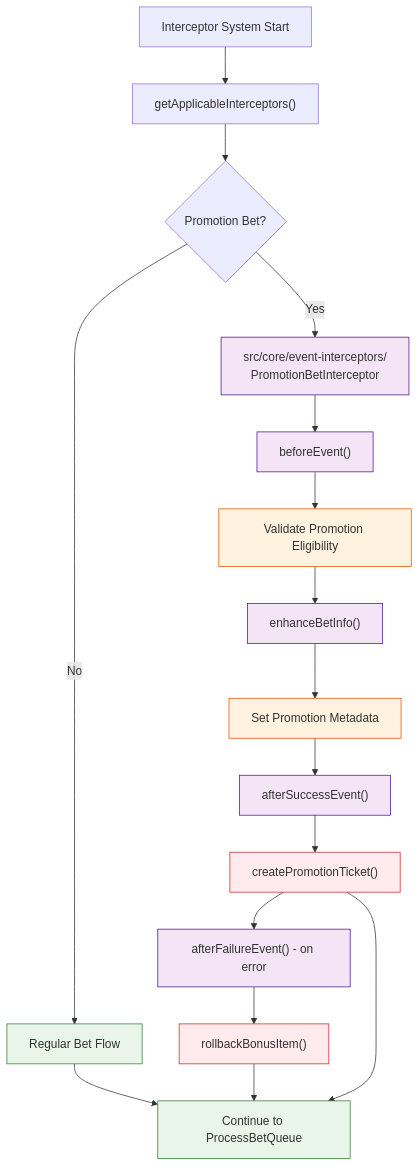
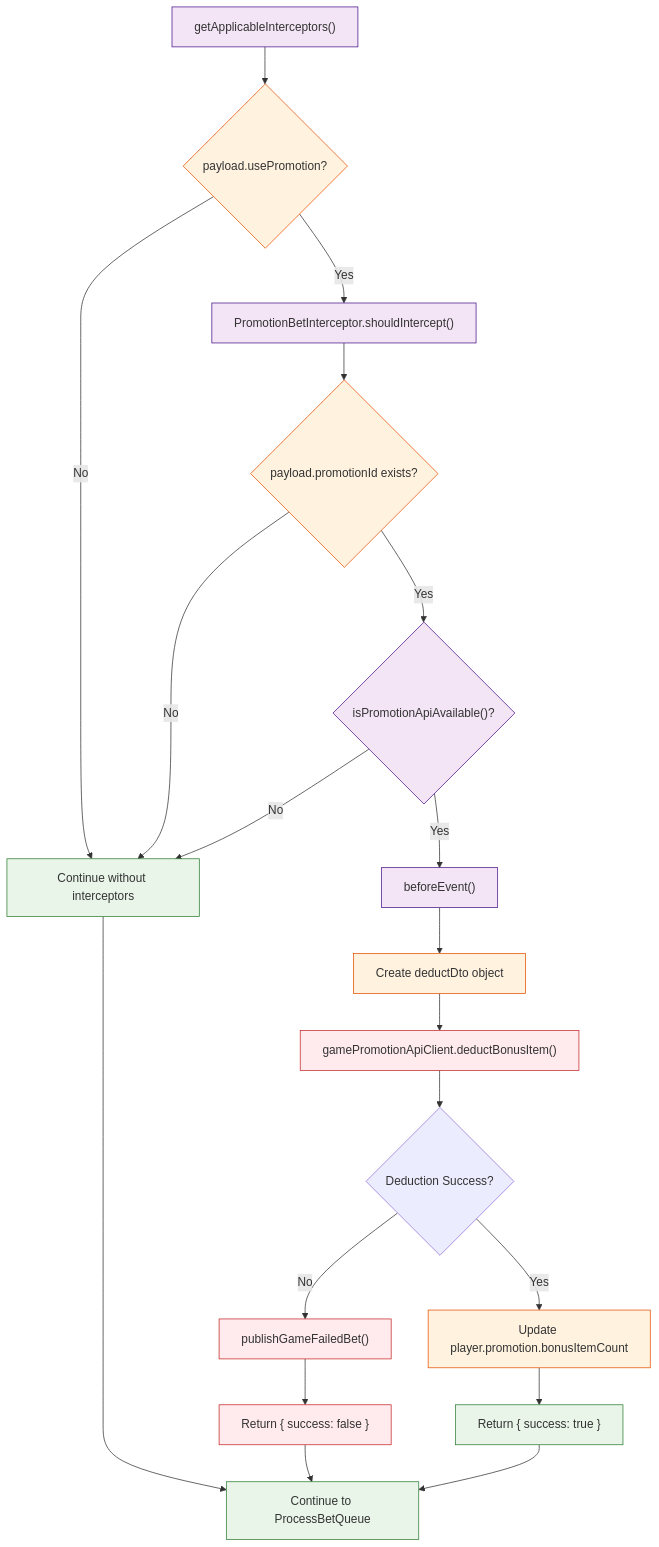
The fourth of 7 diagrams in diagrams/place-bet-flow-diagram.md (starixvn/l1_sc-packages_sc-game-base), drawn with Mermaid before and after one commit. The commit also changed other lines of this file and 2 other files, not shown here.

````diff
--- a/diagrams/place-bet-flow-diagram.md
+++ b/diagrams/place-bet-flow-diagram.md
@@ -137,32 +177,38 @@
 ```mermaid
 flowchart TD
-    InterceptorStart["Interceptor System Start"] --> GetApplicable["getApplicableInterceptors()"]
-    GetApplicable --> CheckPromotion{"Promotion Bet?"}
+    InterceptorStart["getApplicableInterceptors()"] --> CheckPromotion{"payload.usePromotion?"}
 
-    CheckPromotion -->|"No"| RegularFlow["Regular Bet Flow"]
-    CheckPromotion -->|"Yes"| PromotionBetInterceptor["src/core/event-interceptors/<br/>PromotionBetInterceptor"]
+    CheckPromotion -->|"No"| RegularFlow["Continue without interceptors"]
+    CheckPromotion -->|"Yes"| ShouldIntercept["PromotionBetInterceptor.shouldIntercept()"]
 
-    PromotionBetInterceptor --> BeforeEvent["beforeEvent()"]
-    BeforeEvent --> ValidatePromotion["Validate Promotion Eligibility"]
-    ValidatePromotion --> TransformBet["enhanceBetInfo()"]
-    TransformBet --> SetPromotionMeta["Set Promotion Metadata"]
-    SetPromotionMeta --> AfterSuccess["afterSuccessEvent()"]
+    ShouldIntercept --> ValidatePayload{"payload.promotionId exists?"}
+    ValidatePayload -->|"No"| RegularFlow
+    ValidatePayload -->|"Yes"| CheckAPIAvailable{"isPromotionApiAvailable()?"}
+    CheckAPIAvailable -->|"No"| RegularFlow
+    CheckAPIAvailable -->|"Yes"| BeforeEvent["beforeEvent()"]
 
-    AfterSuccess --> CreateTicket["createPromotionTicket()"]
-    CreateTicket --> AfterFailure["afterFailureEvent() - on error"]
-    AfterFailure --> RollbackBonus["rollbackBonusItem()"]
+    BeforeEvent --> PrepareDeductDto["Create deductDto object"]
+    PrepareDeductDto --> CallDeductAPI["gamePromotionApiClient.deductBonusItem()"]
+    CallDeductAPI --> DeductSuccess{"Deduction Success?"}
+
+    DeductSuccess -->|"No"| PublishFailure["publishGameFailedBet()"]
+    PublishFailure --> ReturnFailure["Return { success: false }"]
+    DeductSuccess -->|"Yes"| UpdatePromotion["Update player.promotion.bonusItemCount"]
+    UpdatePromotion --> ReturnSuccess["Return { success: true }"]
 
     RegularFlow --> ContinueProcessing["Continue to ProcessBetQueue"]
-    RollbackBonus --> ContinueProcessing
-    CreateTicket --> ContinueProcessing
+    ReturnFailure --> ContinueProcessing
+    ReturnSuccess --> ContinueProcessing
 
     classDef interceptorStyle fill:#f3e5f5,stroke:#4a148c
     classDef promotionStyle fill:#fff3e0,stroke:#e65100
     classDef apiStyle fill:#ffebee,stroke:#c62828
     classDef successStyle fill:#e8f5e8,stroke:#2e7d32
+    classDef errorStyle fill:#ffebee,stroke:#c62828
 
-    class PromotionBetInterceptor,BeforeEvent,TransformBet,AfterSuccess,AfterFailure interceptorStyle
-    class ValidatePromotion,SetPromotionMeta promotionStyle
-    class CreateTicket,RollbackBonus apiStyle
-    class RegularFlow,ContinueProcessing successStyle
+    class InterceptorStart,ShouldIntercept,BeforeEvent,CheckAPIAvailable interceptorStyle
+    class CheckPromotion,ValidatePayload,PrepareDeductDto,UpdatePromotion promotionStyle
+    class CallDeductAPI apiStyle
+    class RegularFlow,ReturnSuccess,ContinueProcessing successStyle
+    class PublishFailure,ReturnFailure errorStyle
 ```
````
